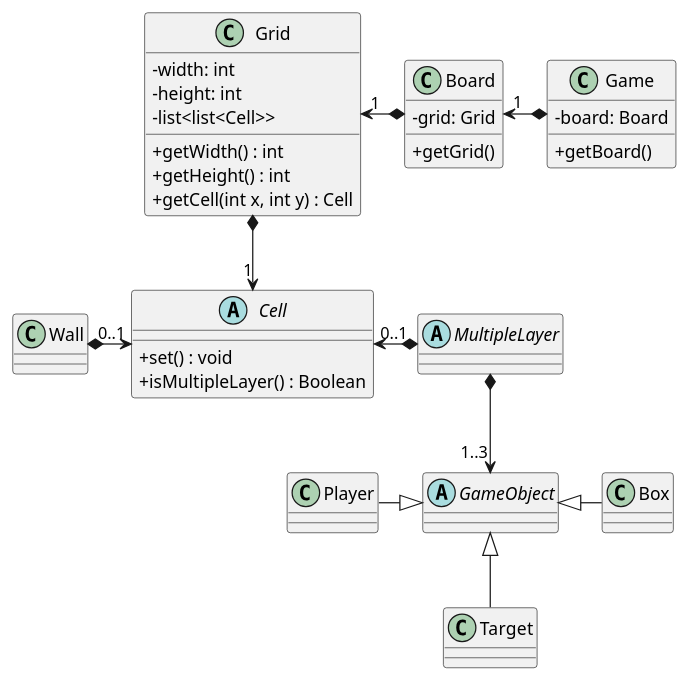
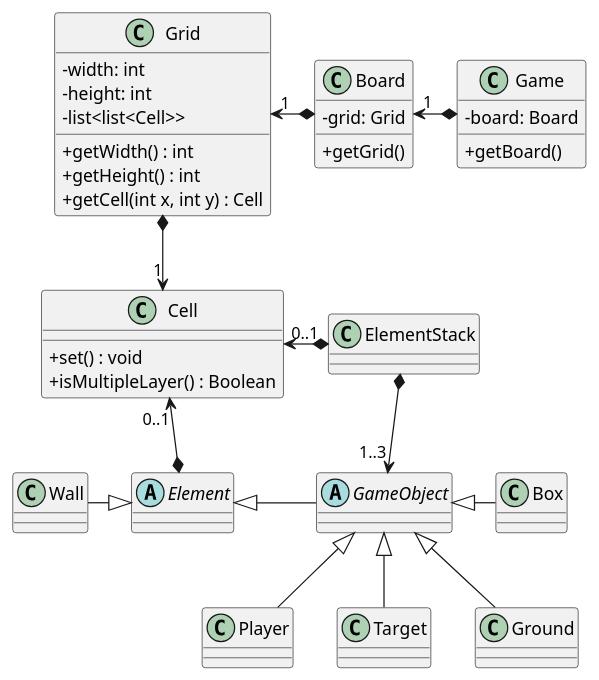
One commit to FebScap/ANC3_Sokoban changed the diagram in src/main/resources/sokoban_domain.puml. Above: the diagram before and after it, drawn with PlantUML. The commit also changed 12 other files, not shown here.

Commit message:
refactor(model): refactor du model pour qu'il corresponde à la nouvelle architecture souhaitée

```diff
--- a/src/main/resources/sokoban_domain.puml
+++ b/src/main/resources/sokoban_domain.puml
@@ -1,65 +1,73 @@
 @startuml
 
 skinparam classAttributeIconSize 0
 skinparam defaultFontName Consolas
 !pragma useIntermediatePackages false
 
 class Game {
     -board: Board
     +getBoard()
 }
 
 class Board {
     -grid: Grid
     +getGrid()
 }
 
 class Grid {
     -width: int
     -height: int
     -list<list<Cell>>
     +getWidth() : int
     +getHeight() : int
     +getCell(int x, int y) : Cell
 }
 
-abstract class Cell {
+class Cell {
     +set() : void
     +isMultipleLayer() : Boolean
 }
 
 abstract class GameObject {
 }
 
-abstract class MultipleLayer {}
+abstract class Element {
+}
+
+class ElementStack {}
 
 class Wall {
 }
 
 class Box {
 }
 
 class Player {
 }
 
 class Target {
 }
 
+class Ground {
+}
 
 Game *-left-> "1" Board
 Board *-left-> "1" Grid
 Grid *-down-> "1" Cell
 
-MultipleLayer *-left-> "0..1" Cell
-Wall *-right-> "0..1" Cell
+ElementStack *-left-> "0..1" Cell
 
 
 
-MultipleLayer *-down-> "1..3" GameObject
+ElementStack *-down-> "1..3" GameObject
 GameObject <|-right- Box
 GameObject <|-down- Target
-GameObject <|-left- Player
+GameObject <|-down- Player
+GameObject <|-down- Ground
 
+Element *-up-> "0..1" Cell
+Element <|-left- Wall
+Element <|-right- GameObject
 
 
 @enduml
```
